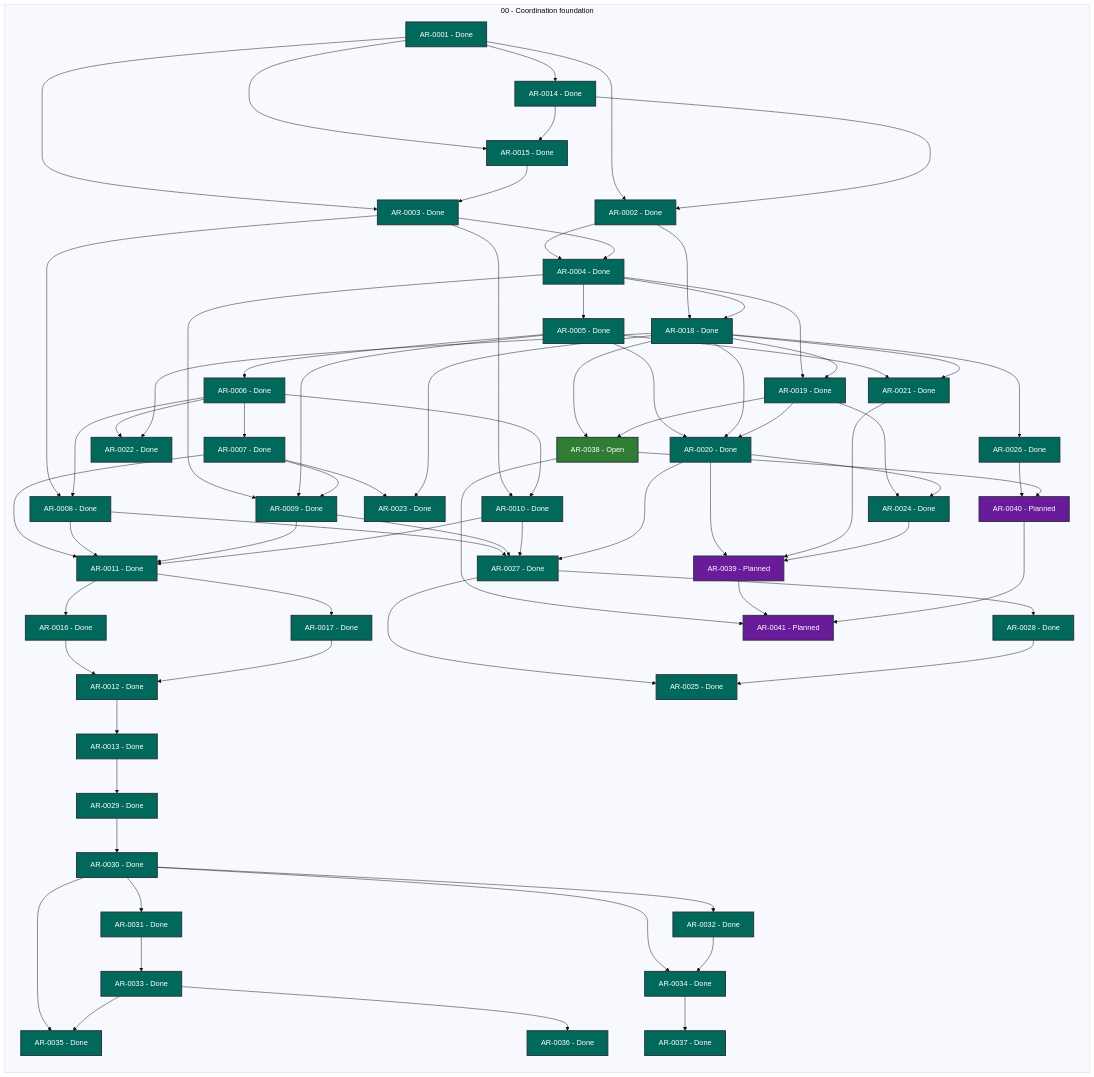
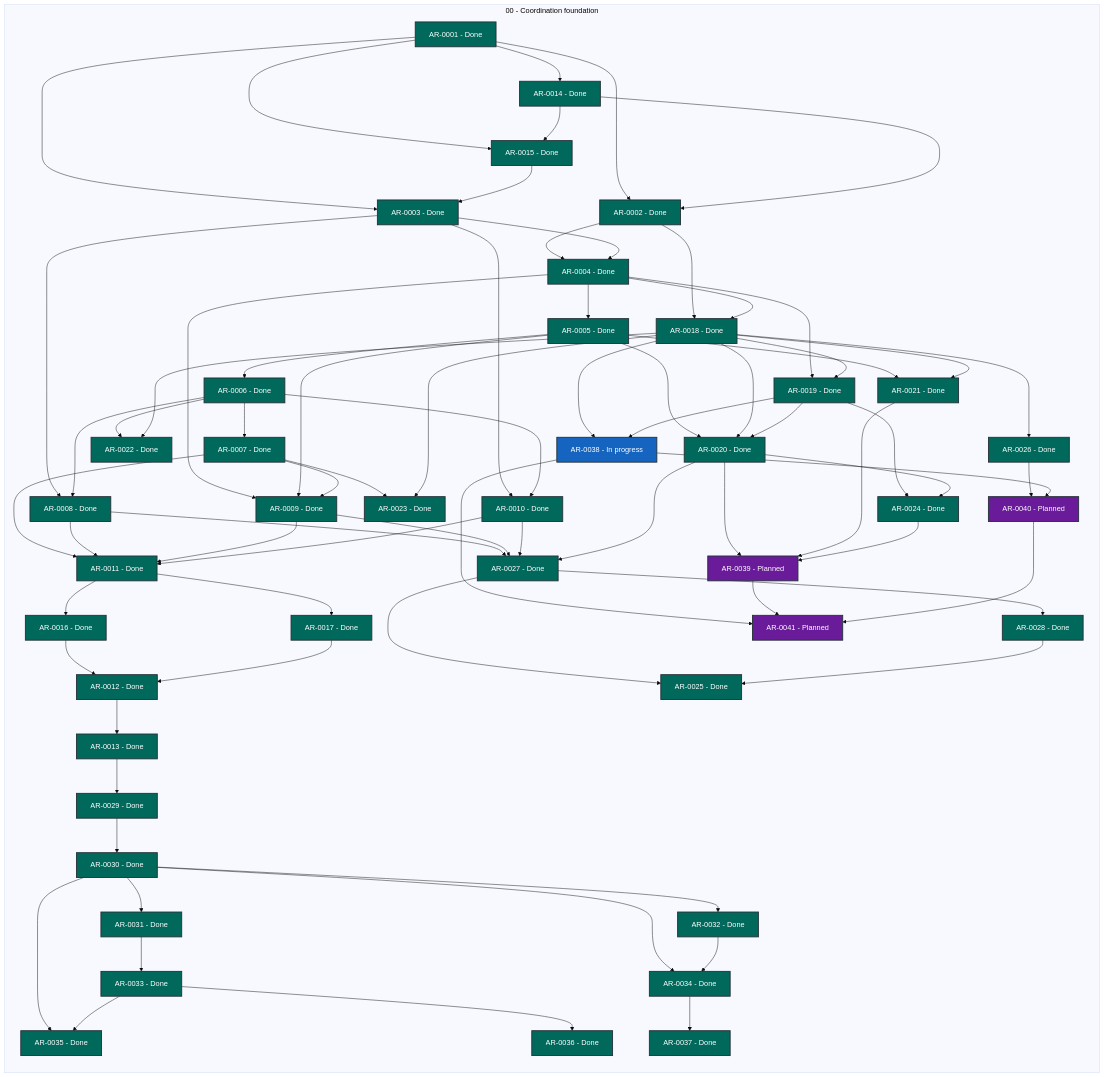
The diagram in STATUS.md (martin-beck/agent-workflow-tui-state), drawn with Mermaid (base theme) before and after one commit. The commit also changed other lines of this file and 2 other files, not shown here.

```diff
--- a/STATUS.md
+++ b/STATUS.md
@@ -65,7 +65,7 @@
         AR_0035["AR-0035 - Done"]:::status_done
         AR_0036["AR-0036 - Done"]:::status_done
         AR_0037["AR-0037 - Done"]:::status_done
-        AR_0038["AR-0038 - Open"]:::status_open
+        AR_0038["AR-0038 - In progress"]:::status_in_progress
         AR_0039["AR-0039 - Planned"]:::status_planned
         AR_0040["AR-0040 - Planned"]:::status_planned
         AR_0041["AR-0041 - Planned"]:::status_planned
```
